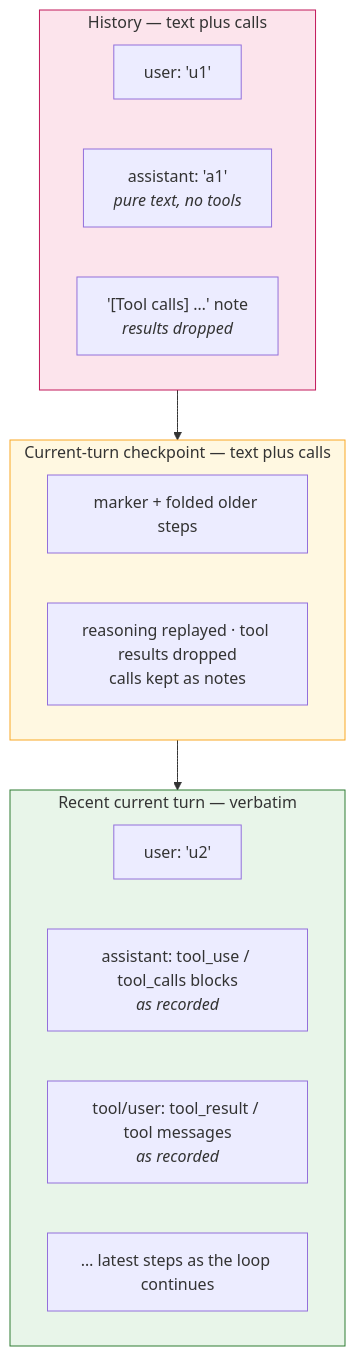
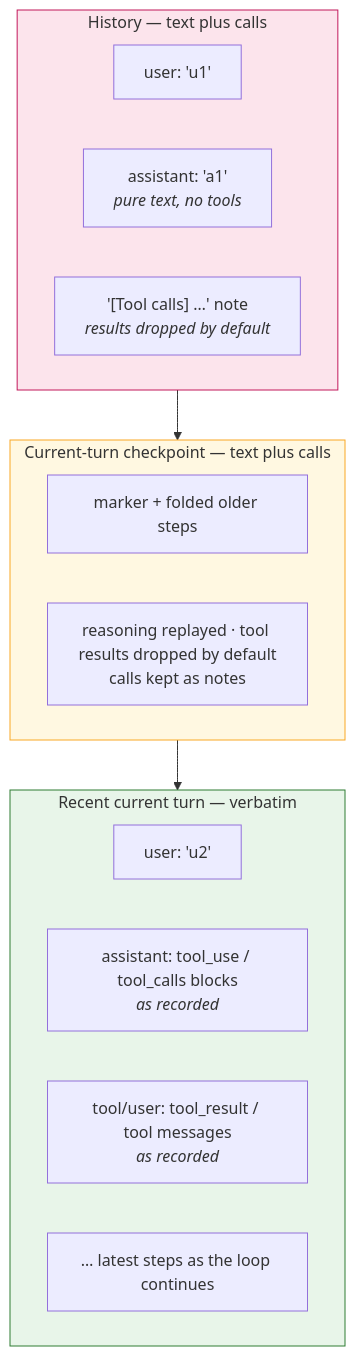
The second of 3 diagrams in docs/architecture/context.md (kingye/jyc), drawn with Mermaid before and after one commit. The commit also changed other lines of this file and 9 other files, not shown here.

First line of the commit message:
feat: replay truncated tool results in folded history and checkpoint (#1062)

````diff
--- a/docs/architecture/context.md
+++ b/docs/architecture/context.md
@@ -259,22 +265,22 @@
 ```mermaid
 flowchart TB
     subgraph R1["History — text plus calls"]
         R1U["user: 'u1'"]
         R1A["assistant: 'a1'<br/><i>pure text, no tools</i>"]
-        R1N["'[Tool calls] …' note<br/><i>results dropped</i>"]
+        R1N["'[Tool calls] …' note<br/><i>results dropped by default</i>"]
     end
     subgraph R3["Current-turn checkpoint — text plus calls"]
         R3M["marker + folded older steps"]
-        R3N["reasoning replayed · tool results dropped<br/>calls kept as notes"]
+        R3N["reasoning replayed · tool results dropped by default<br/>calls kept as notes"]
     end
     subgraph R2["Recent current turn — verbatim"]
         R2U["user: 'u2'"]
         R2ATU["assistant: tool_use / tool_calls blocks<br/><i>as recorded</i>"]
         R2TR["tool/user: tool_result / tool messages<br/><i>as recorded</i>"]
         R2MORE["… latest steps as the loop continues"]
     end
     R1 --> R3 --> R2
     style R1 fill:#fce4ec,stroke:#c2185b
     style R3 fill:#fff8e1,stroke:#f9a825
     style R2 fill:#e8f5e9,stroke:#2e7d32
 ```
````
